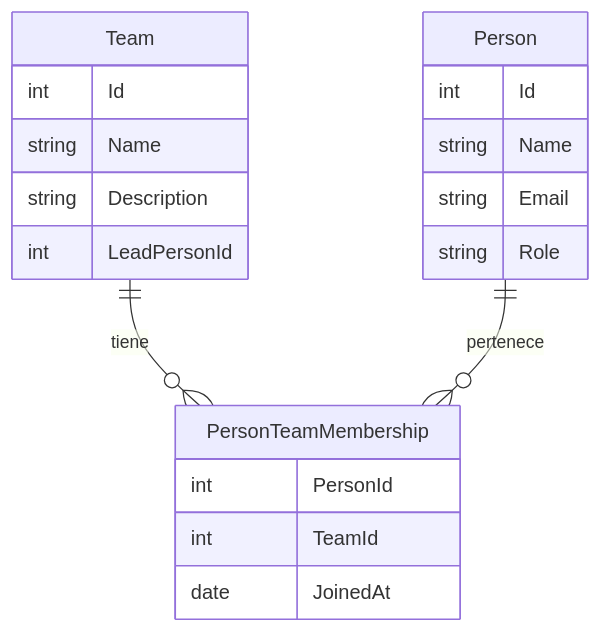
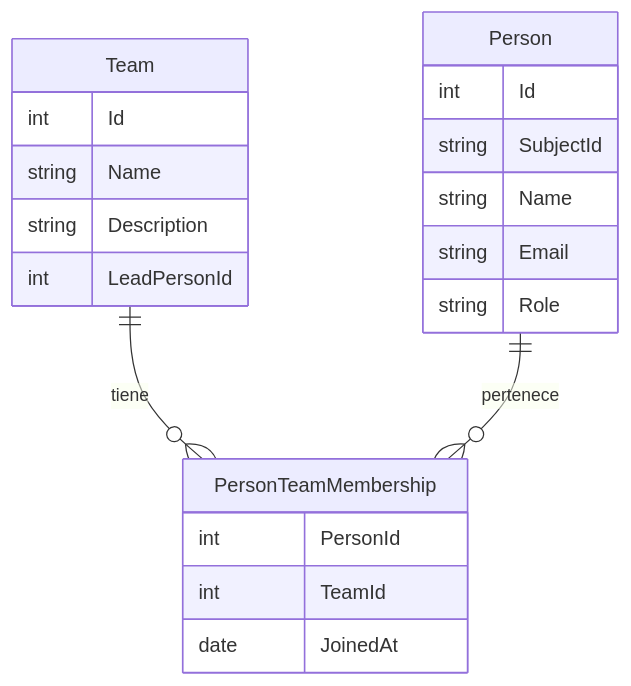
One commit to angellvl-umh/cartera-proyectos changed the diagram in docs/02-gestion-equipos-personas.md. Above: the diagram before and after it, drawn with Mermaid. The commit also changed other lines of this file and 60 other files, not shown here.

````diff
--- a/docs/02-gestion-equipos-personas.md
+++ b/docs/02-gestion-equipos-personas.md
@@ -9,22 +11,23 @@
 ```mermaid
 erDiagram
     Team ||--o{ PersonTeamMembership : tiene
     Person ||--o{ PersonTeamMembership : pertenece
     Team {
         int Id
         string Name
         string Description
         int LeadPersonId
     }
     Person {
         int Id
+        string SubjectId
         string Name
         string Email
         string Role
     }
     PersonTeamMembership {
         int PersonId
         int TeamId
         date JoinedAt
     }
 ```
````
